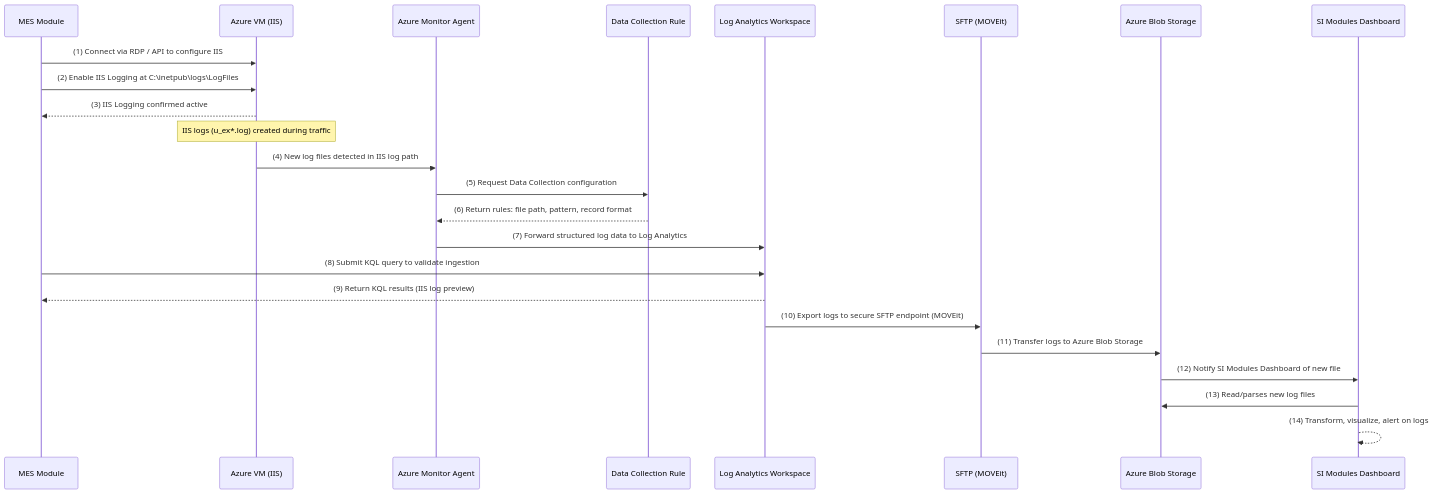
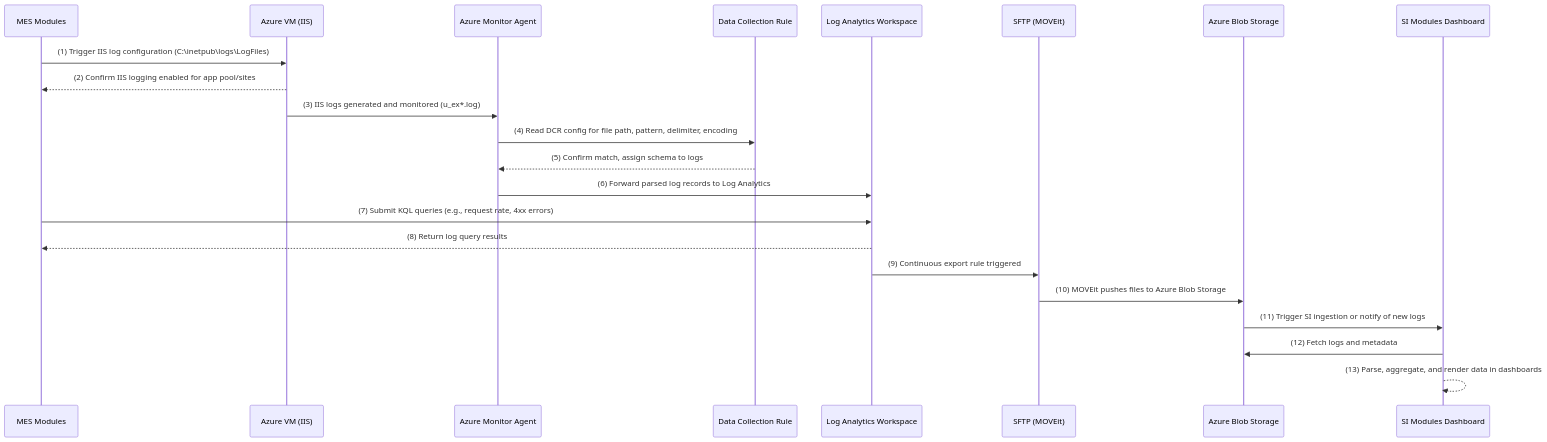
One commit to oigbokwe73/Azure-Policy-On-Resource-Group changed the first of 6 diagrams in README.md. Above: the diagram before and after it, drawn with Mermaid. The commit also changed other lines of this file, not shown here.

````diff
--- a/README.md
+++ b/README.md
@@ -13,40 +15,40 @@
 ```mermaid
 sequenceDiagram
-    participant MES as MES Module
+    participant MES as MES Modules
     participant VM as Azure VM (IIS)
     participant AMA as Azure Monitor Agent
     participant DCR as Data Collection Rule
     participant LAW as Log Analytics Workspace
     participant MOVEit as SFTP (MOVEit)
     participant Storage as Azure Blob Storage
-    participant SIDash as SI Modules Dashboard
+    participant SI as SI Modules Dashboard
 
-    %% Step 1: Initiation
-    MES->>VM: (1) Connect via RDP / API to configure IIS
-    MES->>VM: (2) Enable IIS Logging at C:\inetpub\logs\LogFiles
-    VM-->>MES: (3) IIS Logging confirmed active
+    %% Step 1: Initial log setup
+    MES->>VM: (1) Trigger IIS log configuration (C:\inetpub\logs\LogFiles)
+    VM-->>MES: (2) Confirm IIS logging enabled for app pool/sites
 
-    %% Step 2: Log Generation
-    Note over VM: IIS logs (u_ex*.log) created during traffic
+    %% Step 2: Agent watches log folder
+    VM->>AMA: (3) IIS logs generated and monitored (u_ex*.log)
 
-    %% Step 3: Collection Agent picks up logs
-    VM->>AMA: (4) New log files detected in IIS log path
-    AMA->>DCR: (5) Request Data Collection configuration
-    DCR-->>AMA: (6) Return rules: file path, pattern, record format
+    %% Step 3: Agent queries Data Collection Rule
+    AMA->>DCR: (4) Read DCR config for file path, pattern, delimiter, encoding
+    DCR-->>AMA: (5) Confirm match, assign schema to logs
 
-    %% Step 4: Ingestion to Azure Monitor
-    AMA->>LAW: (7) Forward structured log data to Log Analytics
+    %% Step 4: Send logs to workspace
+    AMA->>LAW: (6) Forward parsed log records to Log Analytics
 
-    %% Step 5: Authentication and Query
-    MES->>LAW: (8) Submit KQL query to validate ingestion
-    LAW-->>MES: (9) Return KQL results (IIS log preview)
+    %% Step 5: Query for metrics
+    MES->>LAW: (7) Submit KQL queries (e.g., request rate, 4xx errors)
+    LAW-->>MES: (8) Return log query results
 
-    %% Step 6: Continuous Export (optional or configured)
-    LAW->>MOVEit: (10) Export logs to secure SFTP endpoint (MOVEit)
-    MOVEit->>Storage: (11) Transfer logs to Azure Blob Storage
+    %% Step 6: Export logs via pipeline
+    LAW->>MOVEit: (9) Continuous export rule triggered
+    MOVEit->>Storage: (10) MOVEit pushes files to Azure Blob Storage
 
-    %% Step 7: Storage-based event trigger
-    Storage->>SIDash: (12) Notify SI Modules Dashboard of new file
-    SIDash->>Storage: (13) Read/parses new log files
-    SIDash-->>SIDash: (14) Transform, visualize, alert on logs
+    %% Step 7: Storage readiness signal
+    Storage->>SI: (11) Trigger SI ingestion or notify of new logs
+
+    %% Step 8: Dashboard rendering
+    SI->>Storage: (12) Fetch logs and metadata
+    SI-->>SI: (13) Parse, aggregate, and render data in dashboards
 ```
````
